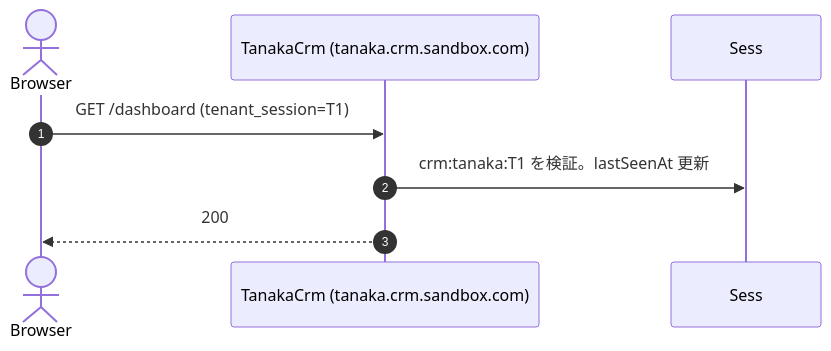
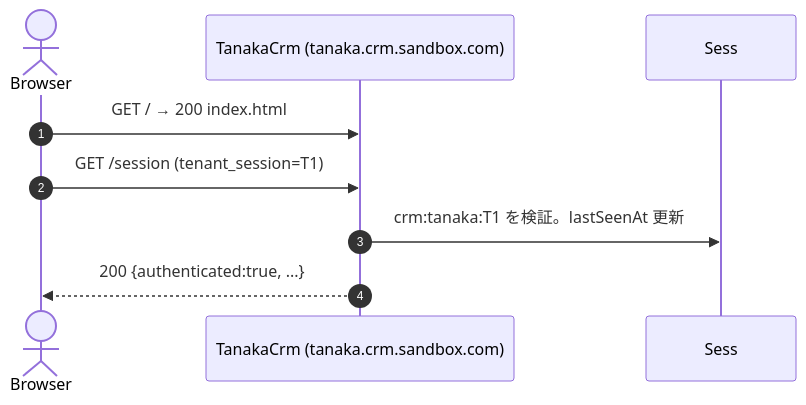
The tenth of 16 diagrams in docs/design/02-auth-sequences.md (daisuke-tanabe/multi-domain-sandbox), drawn with Mermaid before and after one commit. The commit also changed other lines of this file and 82 other files, not shown here.

````diff
--- a/docs/design/02-auth-sequences.md
+++ b/docs/design/02-auth-sequences.md
@@ -415,11 +426,12 @@
 ```mermaid
 sequenceDiagram
     autonumber
     actor Browser
     participant TanakaCrm as TanakaCrm (tanaka.crm.sandbox.com)
     participant Sess
 
-    Browser->>TanakaCrm: GET /dashboard (tenant_session=T1)
+    Browser->>TanakaCrm: GET / → 200 index.html
+    Browser->>TanakaCrm: GET /session (tenant_session=T1)
     TanakaCrm->>Sess: crm:tanaka:T1 を検証。lastSeenAt 更新
-    TanakaCrm-->>Browser: 200
+    TanakaCrm-->>Browser: 200 {authenticated:true, ...}
 ```
````
